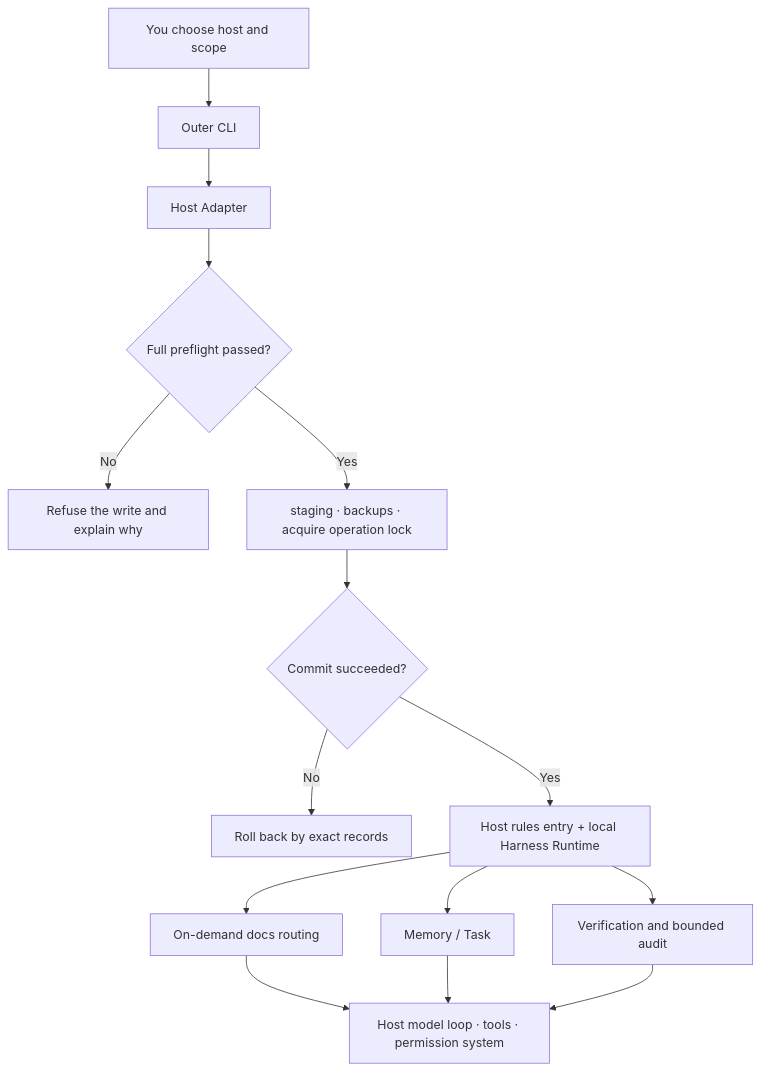
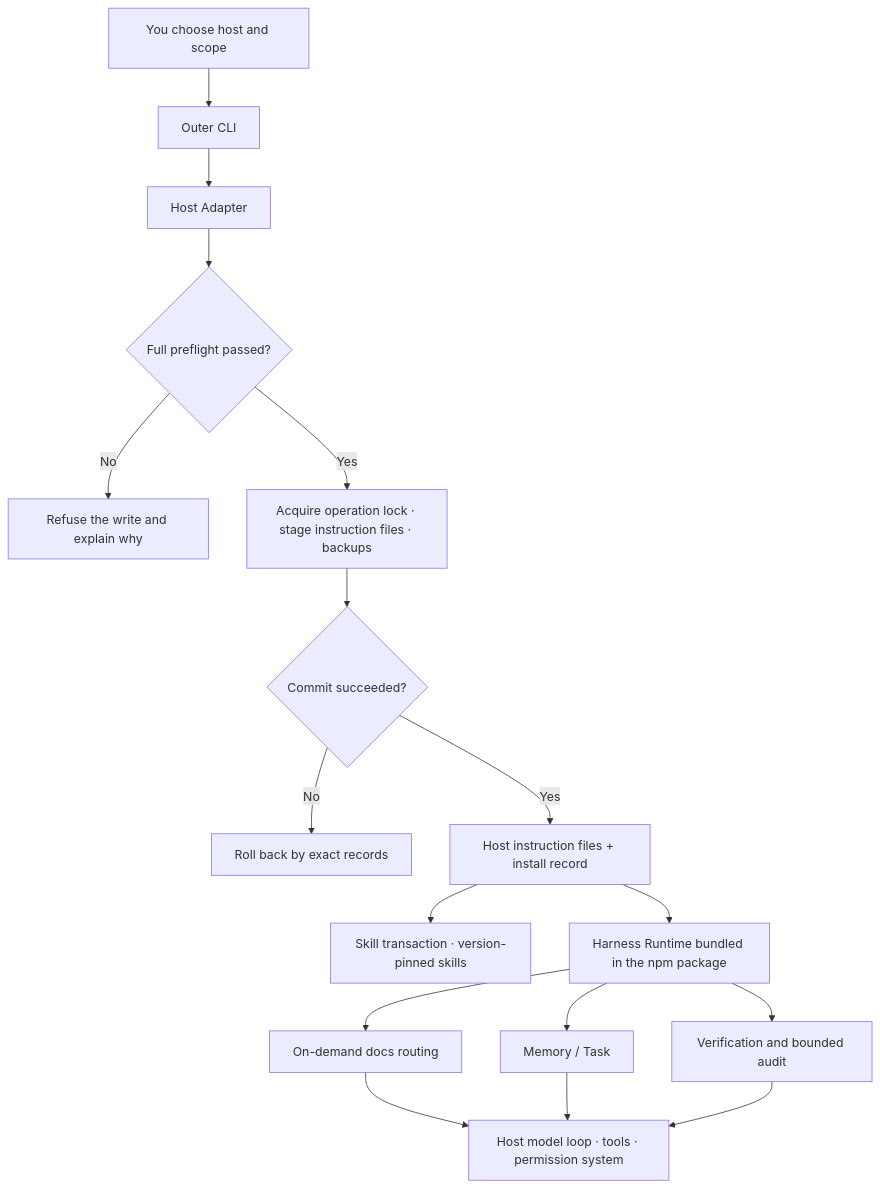
Before and after one commit to Alessandro-Pang/harnessmith: the diagram in apps/docs/site/en/concepts/how-it-works.md, drawn with Mermaid. The commit also changed other lines of this file and 208 other files, not shown here.

````diff
--- a/apps/docs/site/en/concepts/how-it-works.md
+++ b/apps/docs/site/en/concepts/how-it-works.md
@@ -107,17 +112,19 @@
 ```mermaid
 flowchart TD
   Choice["You choose host and scope"] --> CLI["Outer CLI"]
   CLI --> Adapter["Host Adapter"]
   Adapter --> Preflight{"Full preflight passed?"}
   Preflight -->|"No"| Refuse["Refuse the write and explain why"]
-  Preflight -->|"Yes"| Stage["staging · backups · acquire operation lock"]
-  Stage --> Commit{"Commit succeeded?"}
+  Preflight -->|"Yes"| Lock["Acquire operation lock · stage instruction files · backups"]
+  Lock --> Commit{"Commit succeeded?"}
   Commit -->|"No"| Rollback["Roll back by exact records"]
-  Commit -->|"Yes"| Runtime["Host rules entry + local Harness Runtime"]
+  Commit -->|"Yes"| Installed["Host instruction files + install record"]
+  Installed --> Skill["Skill transaction · version-pinned skills"]
+  Installed --> Runtime["Harness Runtime bundled in the npm package"]
   Runtime --> Docs["On-demand docs routing"]
   Runtime --> State["Memory / Task"]
   Runtime --> Verify["Verification and bounded audit"]
   Docs --> Host["Host model loop · tools · permission system"]
   State --> Host
   Verify --> Host
 ```
````
